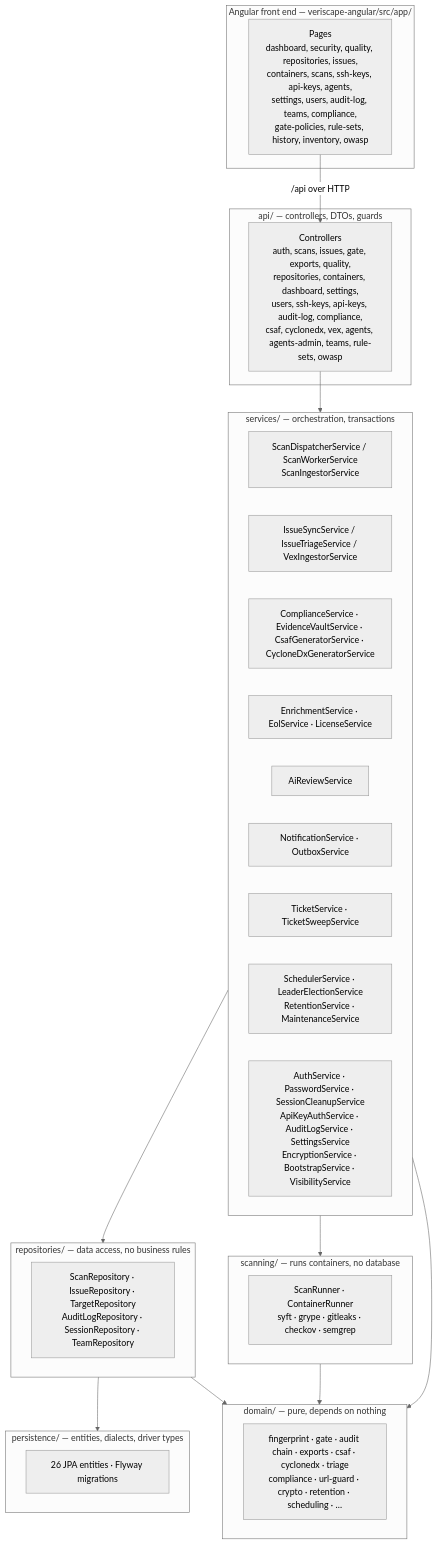
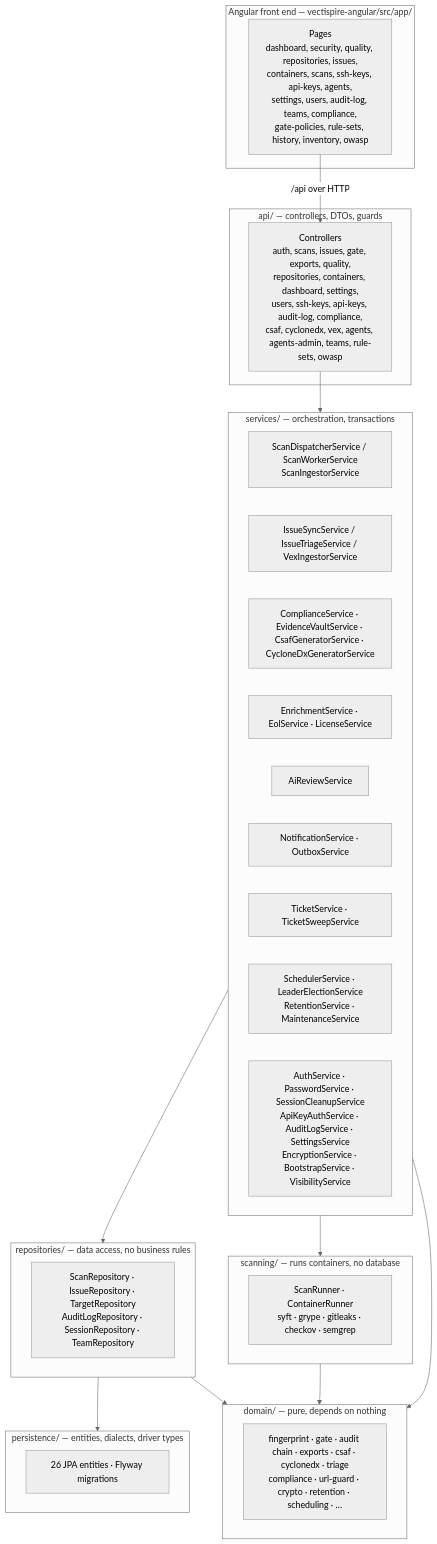
Before and after one commit to asmolabs/vectispire: the first of 3 diagrams in docs/en/TECHNICAL_DOCUMENTATION.md, drawn with Mermaid (neutral theme). The commit also changed other lines of this file and 837 other files, not shown here.

Commit message:
refactor: migrate project structure from veriscape to vectispire and update documentation

````diff
--- a/docs/en/TECHNICAL_DOCUMENTATION.md
+++ b/docs/en/TECHNICAL_DOCUMENTATION.md
@@ -24,47 +24,47 @@
 ```mermaid
 flowchart TB
-    subgraph front["Angular front end — veriscape-angular/src/app/"]
+    subgraph front["Angular front end — vectispire-angular/src/app/"]
         Pages["Pages<br/>dashboard, security, quality, repositories, issues,<br/>containers, scans, ssh-keys, api-keys, agents,<br/>settings, users, audit-log, teams, compliance,<br/>gate-policies, rule-sets, history, inventory, owasp"]
     end
 
     subgraph api["api/ — controllers, DTOs, guards"]
         Routes["Controllers<br/>auth, scans, issues, gate, exports, quality,<br/>repositories, containers, dashboard, settings,<br/>users, ssh-keys, api-keys, audit-log, compliance,<br/>csaf, cyclonedx, vex, agents, agents-admin, teams, rule-sets, owasp"]
     end
 
     subgraph services["services/ — orchestration, transactions"]
         Scan["ScanDispatcherService / ScanWorkerService<br/>ScanIngestorService"]
         Issue["IssueSyncService / IssueTriageService / VexIngestorService"]
         Comp["ComplianceService · EvidenceVaultService · CsafGeneratorService · CycloneDxGeneratorService"]
         Enrich["EnrichmentService · EolService · LicenseService"]
         Ai["AiReviewService"]
         Notify["NotificationService · OutboxService"]
         Ticket["TicketService · TicketSweepService"]
         Ops["SchedulerService · LeaderElectionService<br/>RetentionService · MaintenanceService"]
         Auth["AuthService · PasswordService · SessionCleanupService<br/>ApiKeyAuthService · AuditLogService · SettingsService<br/>EncryptionService · BootstrapService · VisibilityService"]
     end
 
     subgraph repos["repositories/ — data access, no business rules"]
         R["ScanRepository · IssueRepository · TargetRepository<br/>AuditLogRepository · SessionRepository · TeamRepository"]
     end
 
     subgraph persistence["persistence/ — entities, dialects, driver types"]
         Ent["26 JPA entities · Flyway migrations"]
     end
 
     subgraph domain["domain/ — pure, depends on nothing"]
         D["fingerprint · gate · audit chain · exports · csaf · cyclonedx · triage<br/>compliance · url-guard · crypto · retention · scheduling · …"]
     end
 
     subgraph scanning["scanning/ — runs containers, no database"]
         S["ScanRunner · ContainerRunner<br/>syft · grype · gitleaks · checkov · semgrep"]
     end
 
     Pages -->|"/api over HTTP"| Routes
     Routes --> services
     services --> repos
     repos --> persistence
     services --> scanning
     services --> domain
     repos --> domain
     scanning --> domain
 ```
````
